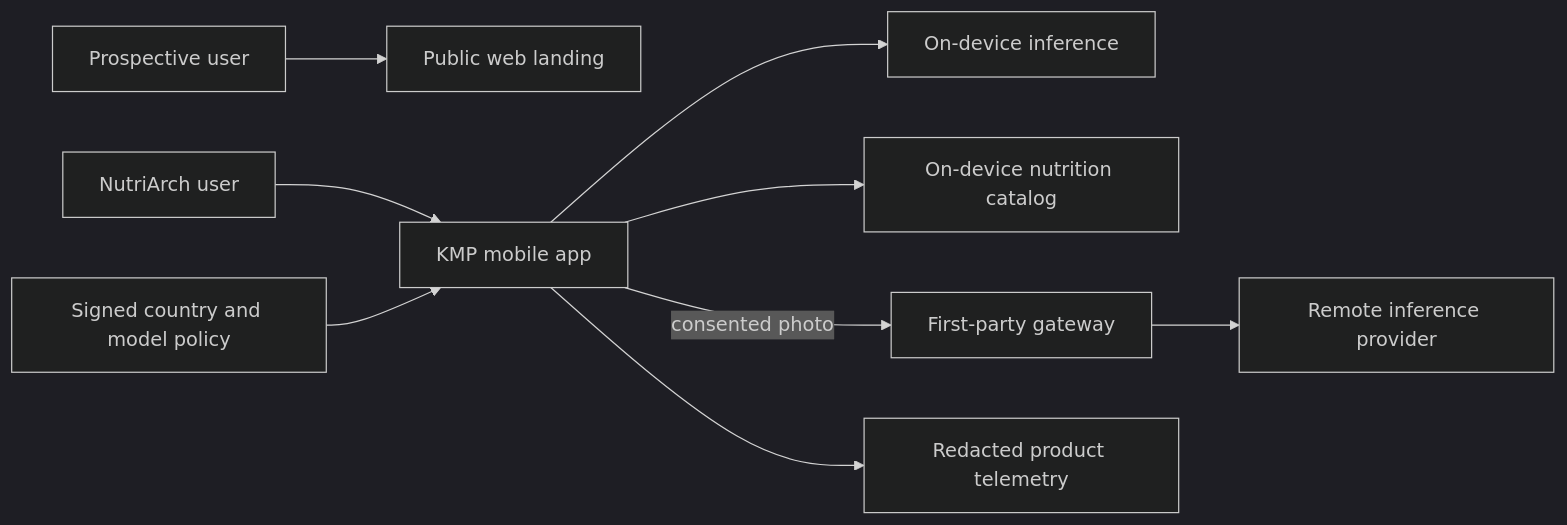
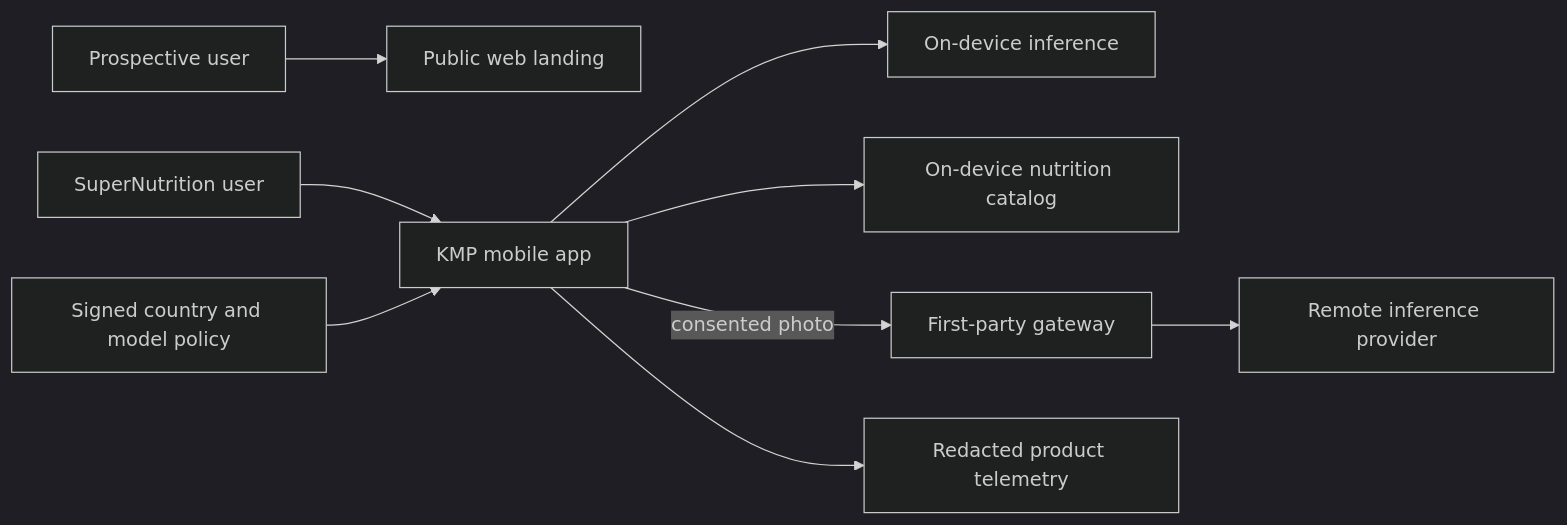
Before and after one commit to ajdevy/SuperNutrition: the first of 4 diagrams in _bmad-output/planning-artifacts/architecture/architecture-SuperNutrition-2026-07-26/solution-design.md, drawn with Mermaid (dark theme). The commit also changed other lines of this file and 31 other files, not shown here.

Commit message:
Set SuperNutrition product and store names

````diff
--- a/_bmad-output/planning-artifacts/architecture/architecture-SuperNutrition-2026-07-26/solution-design.md
+++ b/_bmad-output/planning-artifacts/architecture/architecture-SuperNutrition-2026-07-26/solution-design.md
@@ -47,11 +50,11 @@
 ```mermaid
 flowchart LR
     Visitor["Prospective user"] --> Landing["Public web landing"]
-    User["NutriArch user"] --> Mobile["KMP mobile app"]
+    User["SuperNutrition user"] --> Mobile["KMP mobile app"]
     Mobile --> Local["On-device inference"]
     Mobile --> Catalog["On-device nutrition catalog"]
     Mobile -->|consented photo| Gateway["First-party gateway"]
     Gateway --> Provider["Remote inference provider"]
     Mobile --> Telemetry["Redacted product telemetry"]
     Config["Signed country and model policy"] --> Mobile
 ```
````
